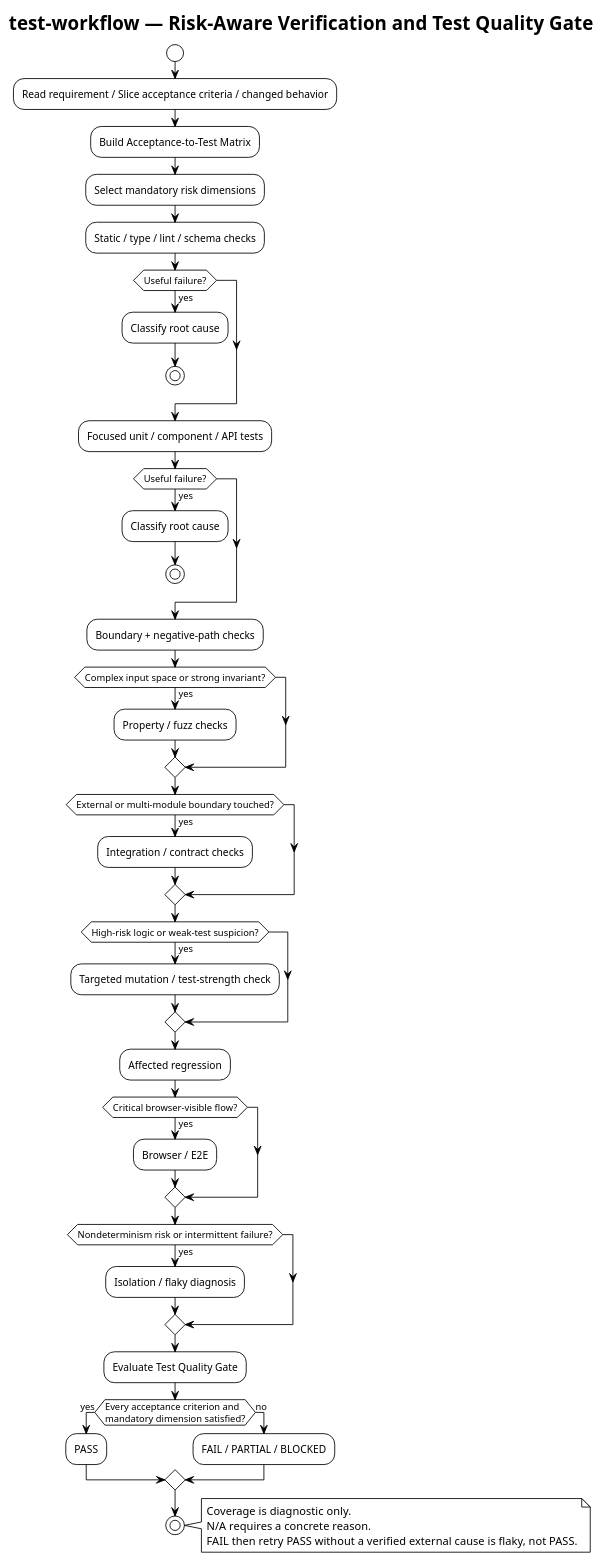
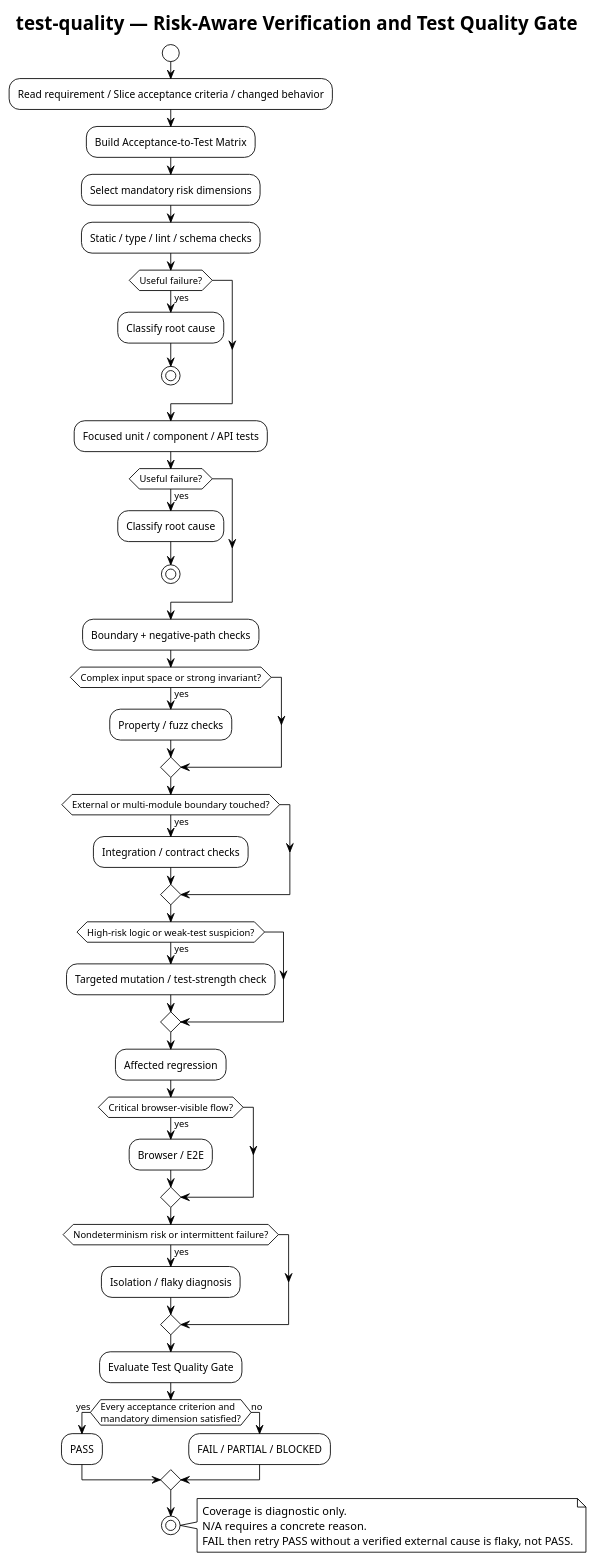
Before and after one commit to i-zrhe2016/codex-development-workflow: the diagram in docs/skills/test-quality/diagrams/test-quality-flow.puml, drawn with PlantUML. The commit also changed 2 other files, not shown here.

```diff
--- a/docs/skills/test-quality/diagrams/test-quality-flow.puml
+++ b/docs/skills/test-quality/diagrams/test-quality-flow.puml
@@ -1,63 +1,63 @@
 @startuml
 !theme plain
 skinparam shadowing false
 skinparam defaultFontName Arial
 
-title test-workflow — Risk-Aware Verification and Test Quality Gate
+title test-quality — Risk-Aware Verification and Test Quality Gate
 
 start
 :Read requirement / Slice acceptance criteria / changed behavior;
 :Build Acceptance-to-Test Matrix;
 :Select mandatory risk dimensions;
 
 :Static / type / lint / schema checks;
 if (Useful failure?) then (yes)
   :Classify root cause;
   stop
 endif
 
 :Focused unit / component / API tests;
 if (Useful failure?) then (yes)
   :Classify root cause;
   stop
 endif
 
 :Boundary + negative-path checks;
 
 if (Complex input space or strong invariant?) then (yes)
   :Property / fuzz checks;
 endif
 
 if (External or multi-module boundary touched?) then (yes)
   :Integration / contract checks;
 endif
 
 if (High-risk logic or weak-test suspicion?) then (yes)
   :Targeted mutation / test-strength check;
 endif
 
 :Affected regression;
 
 if (Critical browser-visible flow?) then (yes)
   :Browser / E2E;
 endif
 
 if (Nondeterminism risk or intermittent failure?) then (yes)
   :Isolation / flaky diagnosis;
 endif
 
 :Evaluate Test Quality Gate;
 
 if (Every acceptance criterion and\nmandatory dimension satisfied?) then (yes)
   :PASS;
 else (no)
   :FAIL / PARTIAL / BLOCKED;
 endif
 stop
 
 note right
 Coverage is diagnostic only.
 N/A requires a concrete reason.
 FAIL then retry PASS without a verified external cause is flaky, not PASS.
 end note
 @enduml
```
